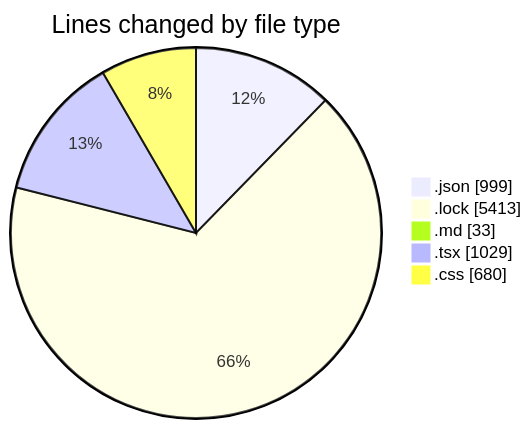
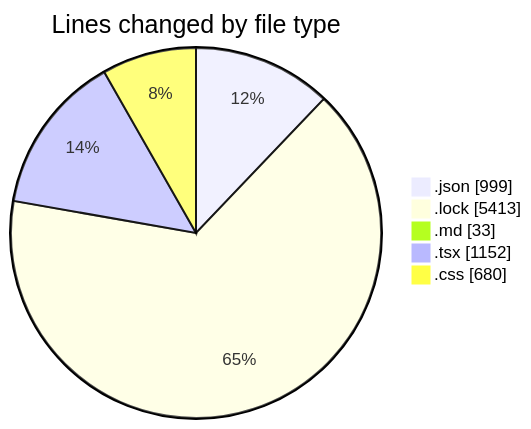
One commit to EIIisD/code-tracking changed the first of 2 diagrams in 2025-08-11/ribbon/README.md. Above: the diagram before and after it, drawn with Mermaid. The commit also changed other lines of this file and 1 other file, not shown here.

````diff
--- a/2025-08-11/ribbon/README.md
+++ b/2025-08-11/ribbon/README.md
@@ -38,9 +39,9 @@
 ```mermaid
 pie showData
 title Lines changed by file type
 ".json" : 999
 ".lock" : 5413
 ".md" : 33
-".tsx" : 1029
+".tsx" : 1152
 ".css" : 680
 ```
````
